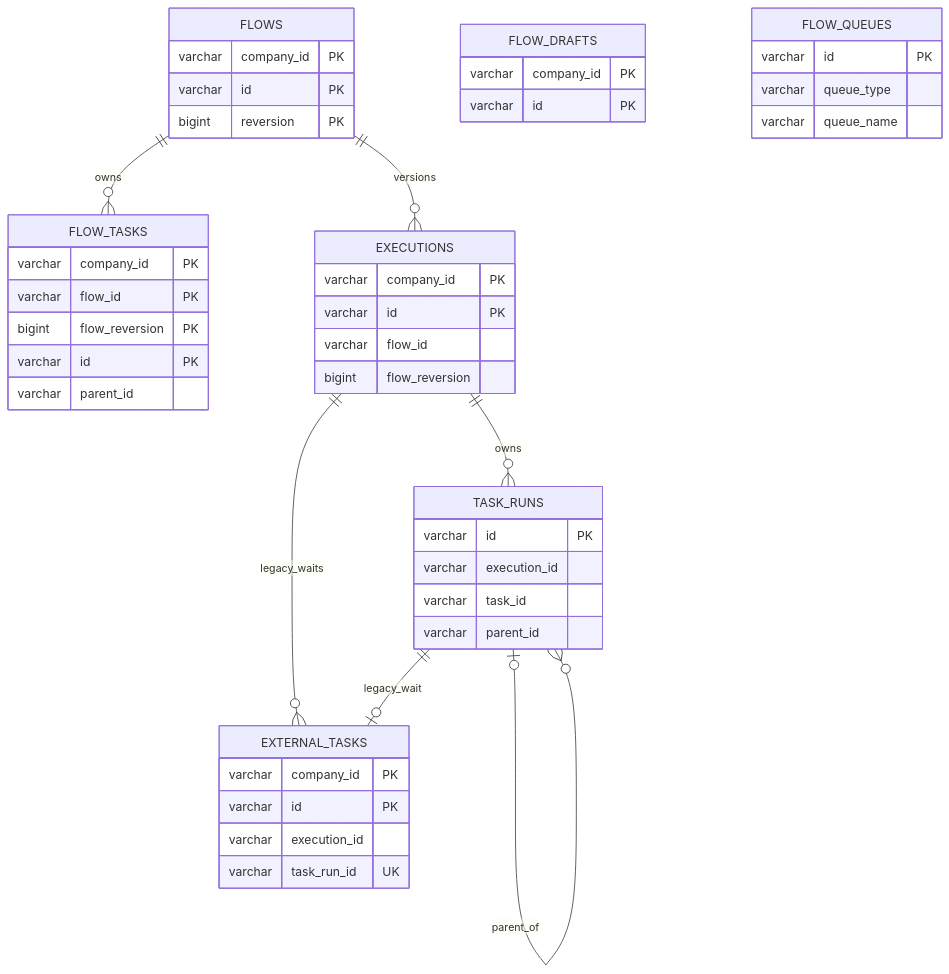
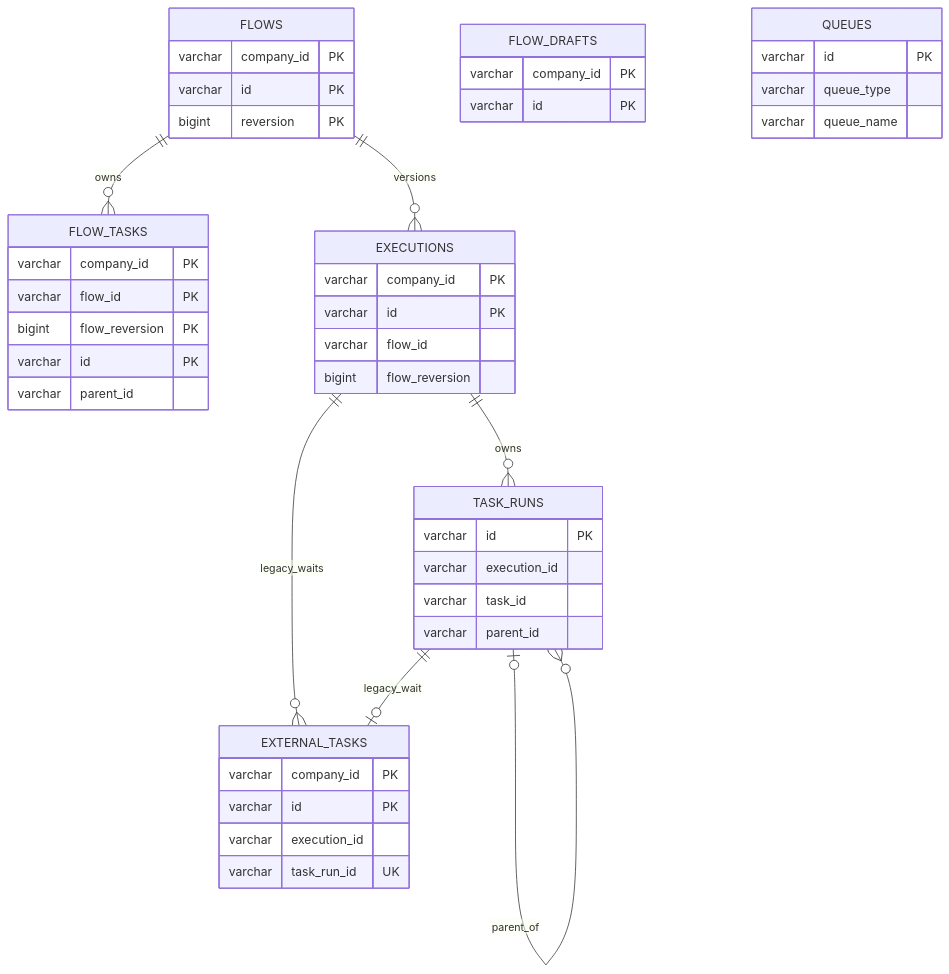
One commit to Eiddy5/flow changed the diagram in docs/decisions/0048-isolate-schema-ddl-and-pluralize-table-names.md. Above: the diagram before and after it, drawn with Mermaid. The commit also changed other lines of this file and 107 other files, not shown here.

````diff
--- a/docs/decisions/0048-isolate-schema-ddl-and-pluralize-table-names.md
+++ b/docs/decisions/0048-isolate-schema-ddl-and-pluralize-table-names.md
@@ -55,49 +55,49 @@
 ```mermaid
 erDiagram
     FLOWS ||--o{ FLOW_TASKS : owns
     FLOWS ||--o{ EXECUTIONS : versions
     EXECUTIONS ||--o{ TASK_RUNS : owns
     TASK_RUNS o|--o{ TASK_RUNS : parent_of
     EXECUTIONS ||--o{ EXTERNAL_TASKS : legacy_waits
     TASK_RUNS ||--o| EXTERNAL_TASKS : legacy_wait
 
     FLOW_DRAFTS {
         varchar company_id PK
         varchar id PK
     }
     FLOWS {
         varchar company_id PK
         varchar id PK
         bigint reversion PK
     }
     FLOW_TASKS {
         varchar company_id PK
         varchar flow_id PK
         bigint flow_reversion PK
         varchar id PK
         varchar parent_id
     }
     EXECUTIONS {
         varchar company_id PK
         varchar id PK
         varchar flow_id
         bigint flow_reversion
     }
     TASK_RUNS {
         varchar id PK
         varchar execution_id
         varchar task_id
         varchar parent_id
     }
     EXTERNAL_TASKS {
         varchar company_id PK
         varchar id PK
         varchar execution_id
         varchar task_run_id UK
     }
-    FLOW_QUEUES {
+    QUEUES {
         varchar id PK
         varchar queue_type
         varchar queue_name
     }
 ```
````
